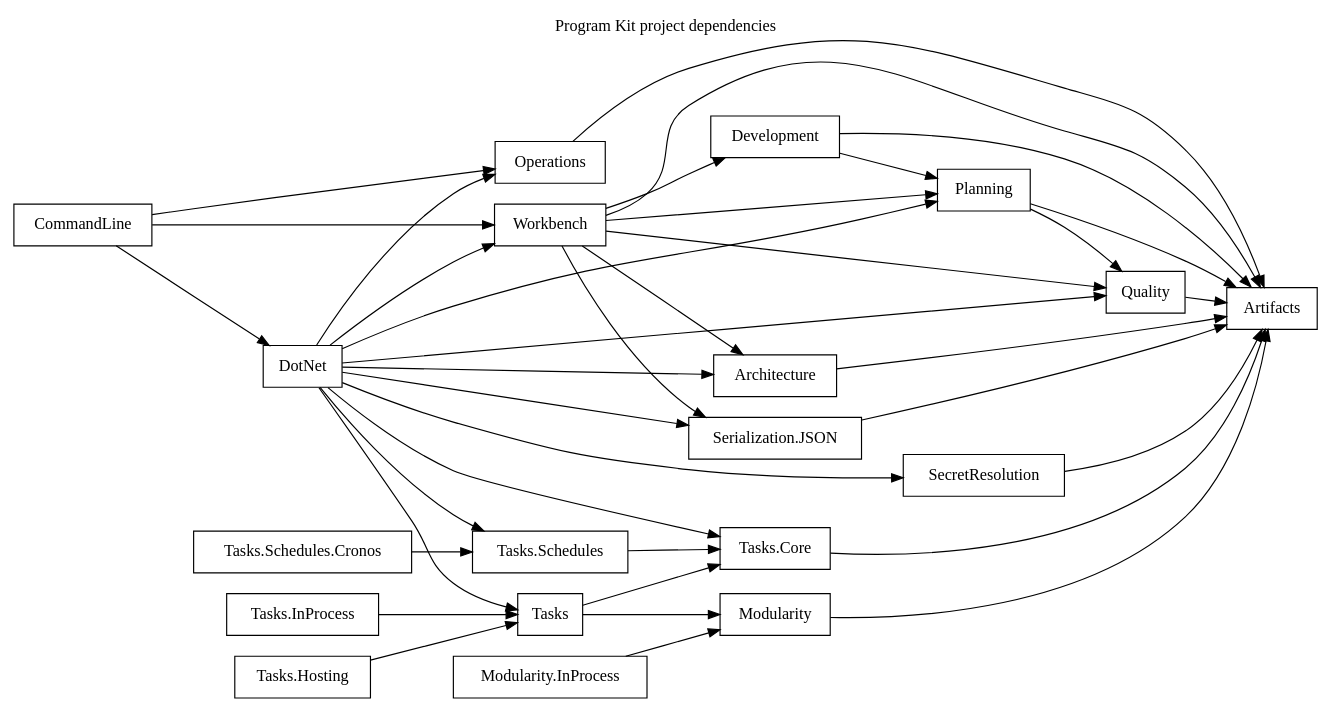
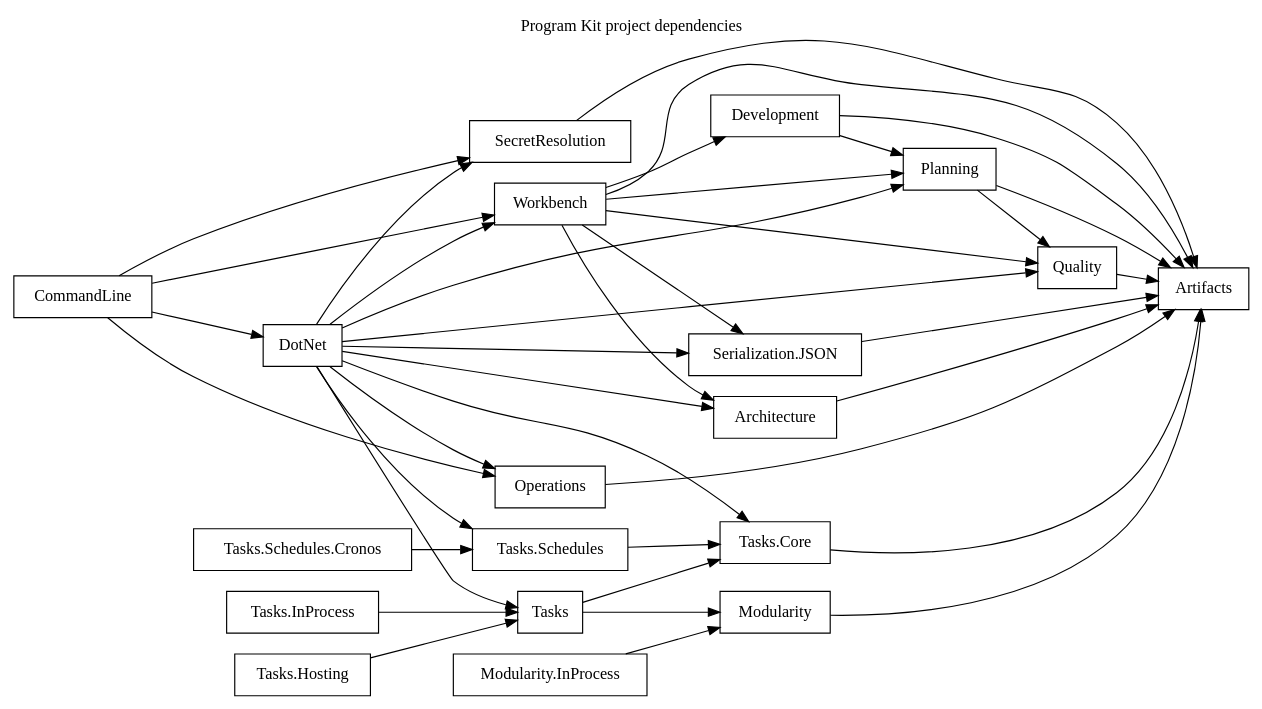
One commit to orbyss-io/program-kit changed the diagram in artifacts/self-hosted/dependency-graph.dot. Above: the diagram before and after it, drawn with Graphviz. The commit also changed 63 other files, not shown here.

```diff
--- a/artifacts/self-hosted/dependency-graph.dot
+++ b/artifacts/self-hosted/dependency-graph.dot
@@ -1,42 +1,43 @@
 digraph ProgramKitDependencies {
   graph [label="Program Kit project dependencies", labelloc="t", rankdir="LR"];
   node [shape="box"];
 
   "Architecture" -> "Artifacts";
   "CommandLine" -> "DotNet";
   "CommandLine" -> "Operations";
+  "CommandLine" -> "SecretResolution";
   "CommandLine" -> "Workbench";
   "Development" -> "Artifacts";
   "Development" -> "Planning";
   "DotNet" -> "Architecture";
   "DotNet" -> "Operations";
   "DotNet" -> "Planning";
   "DotNet" -> "Quality";
   "DotNet" -> "SecretResolution";
   "DotNet" -> "Serialization.JSON";
   "DotNet" -> "Tasks";
   "DotNet" -> "Tasks.Core";
   "DotNet" -> "Tasks.Schedules";
   "DotNet" -> "Workbench";
   "Modularity" -> "Artifacts";
   "Modularity.InProcess" -> "Modularity";
   "Operations" -> "Artifacts";
   "Planning" -> "Artifacts";
   "Planning" -> "Quality";
   "Quality" -> "Artifacts";
   "SecretResolution" -> "Artifacts";
   "Serialization.JSON" -> "Artifacts";
   "Tasks" -> "Modularity";
   "Tasks" -> "Tasks.Core";
   "Tasks.Core" -> "Artifacts";
   "Tasks.Hosting" -> "Tasks";
   "Tasks.InProcess" -> "Tasks";
   "Tasks.Schedules" -> "Tasks.Core";
   "Tasks.Schedules.Cronos" -> "Tasks.Schedules";
   "Workbench" -> "Architecture";
   "Workbench" -> "Artifacts";
   "Workbench" -> "Development";
   "Workbench" -> "Planning";
   "Workbench" -> "Quality";
   "Workbench" -> "Serialization.JSON";
 }
```
